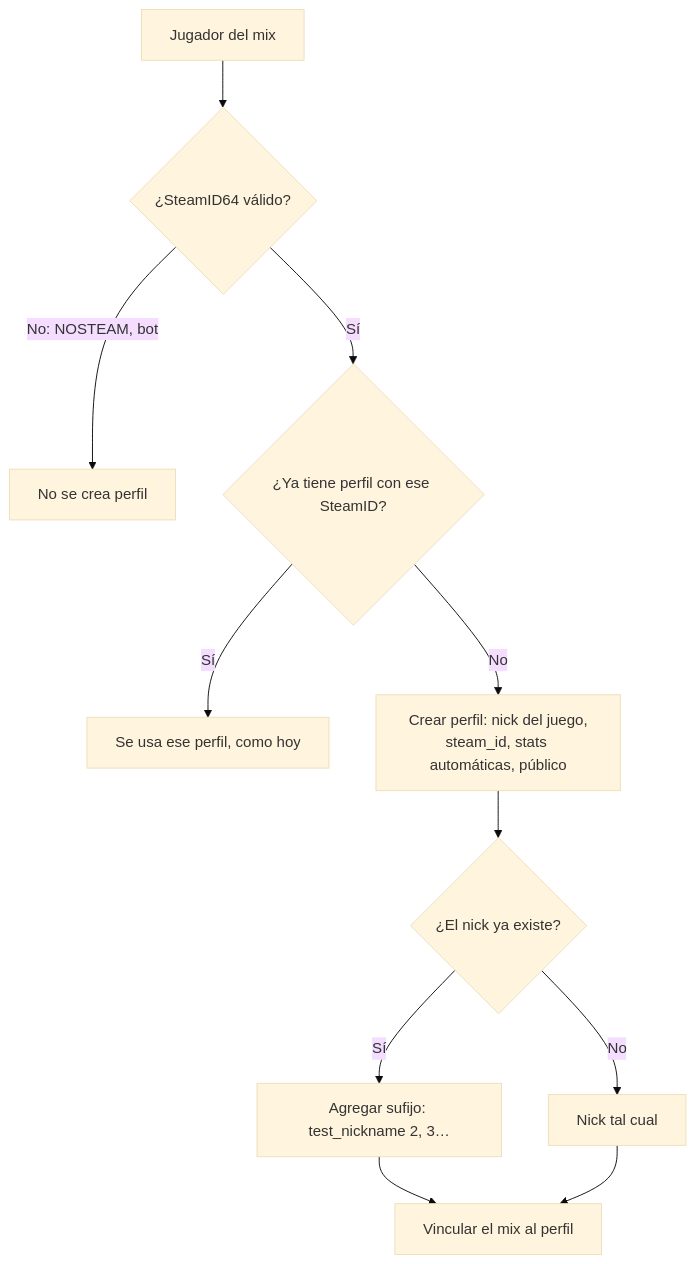
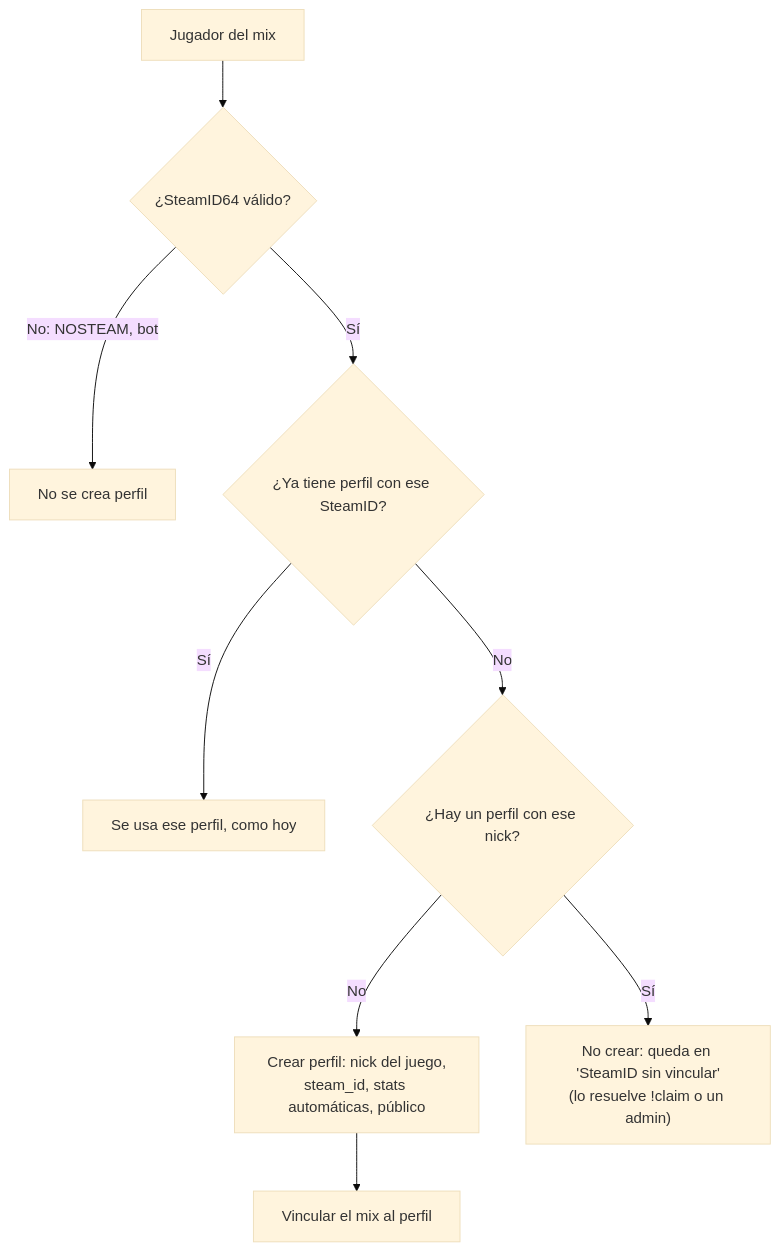
Before and after one commit to mchssj/v34frag: the second of 5 diagrams in docs/bitacora/2026-10-11-reclamo-perfil-servidor/PLAN.md, drawn with Mermaid (base theme). The commit also changed other lines of this file, not shown here.

First line of the commit message:
docs(bitacora): verificaciones del plan de !claim

````diff
--- a/docs/bitacora/2026-10-11-reclamo-perfil-servidor/PLAN.md
+++ b/docs/bitacora/2026-10-11-reclamo-perfil-servidor/PLAN.md
@@ -41,13 +41,12 @@
 ```mermaid
 flowchart TD
   A[Jugador del mix] --> B{¿SteamID64 válido?}
   B -->|No: NOSTEAM, bot| X[No se crea perfil]
   B -->|Sí| C{¿Ya tiene perfil con ese SteamID?}
   C -->|Sí| D[Se usa ese perfil, como hoy]
-  C -->|No| E["Crear perfil: nick del juego,<br/>steam_id, stats automáticas, público"]
-  E --> F{¿El nick ya existe?}
-  F -->|Sí| G["Agregar sufijo: test_nickname 2, 3…"]
-  F -->|No| H[Nick tal cual]
-  G --> I[Vincular el mix al perfil]
-  H --> I
+  E["Crear perfil: nick del juego,<br/>steam_id, stats automáticas, público"]
+  C -->|No| F{¿Hay un perfil con ese nick?}
+  F -->|Sí| G["No crear: queda en 'SteamID sin vincular'<br/>(lo resuelve !claim o un admin)"]
+  F -->|No| E
+  E --> I[Vincular el mix al perfil]
 ```
````
